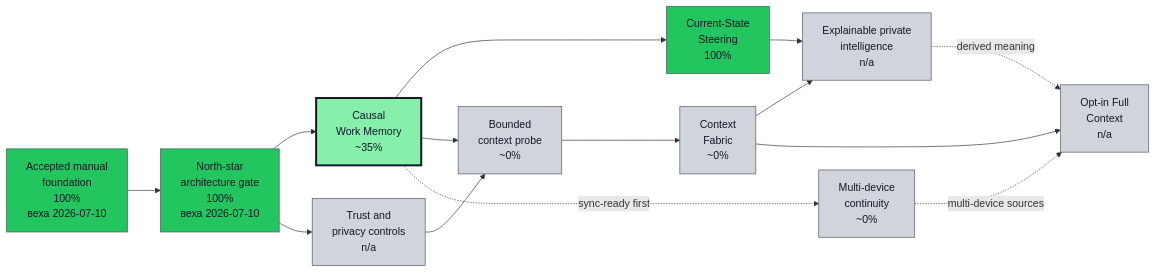
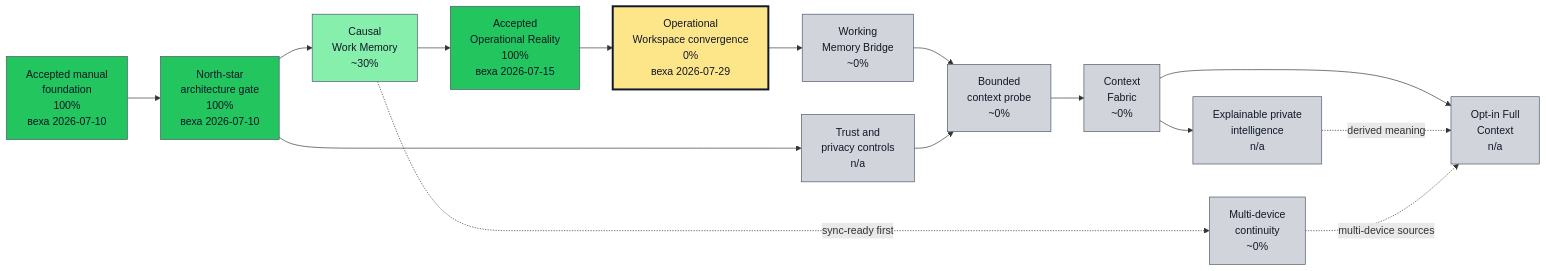
The first of 2 diagrams in docs/roadmap/opskarta.md (asukhodko/timeskein), drawn with Mermaid before and after one commit. The commit also changed other lines of this file and 14 other files, not shown here.

Commit message:
docs: select operational workspace milestone

````diff
--- a/docs/roadmap/opskarta.md
+++ b/docs/roadmap/opskarta.md
@@ -46,48 +51,53 @@
 ```mermaid
 flowchart LR
 
     classDef exec_done fill:#22c55e,stroke:#4b5563,color:#111827,stroke-width:1px
     classDef exec_in_progress fill:#0ea5e9,stroke:#4b5563,color:#111827,stroke-width:1px
     classDef exec_blocked fill:#fecaca,stroke:#4b5563,color:#111827,stroke-width:1px
     classDef exec_not_started fill:#9ca3af,stroke:#4b5563,color:#111827,stroke-width:1px
     classDef exec_mgmt_green fill:#86efac,stroke:#4b5563,color:#111827,stroke-width:1px
     classDef exec_mgmt_yellow fill:#fde68a,stroke:#4b5563,color:#111827,stroke-width:1px
     classDef exec_mgmt_red fill:#fca5a5,stroke:#4b5563,color:#111827,stroke-width:1px
     classDef exec_mgmt_neutral fill:#d1d5db,stroke:#4b5563,color:#111827,stroke-width:1px
 
     accepted_foundation["Accepted manual<br/>foundation<br/>100%<br/>веха 2026-07-10"]
     class accepted_foundation exec_done
     architecture_gate["North-star<br/>architecture gate<br/>100%<br/>веха 2026-07-10"]
     class architecture_gate exec_done
-    causal_memory["Causal<br/>Work Memory<br/>~35%"]
+    causal_memory["Causal<br/>Work Memory<br/>~30%"]
     class causal_memory exec_mgmt_green
-    style causal_memory stroke:#111827,stroke-width:3px
-    current_steering["Current-State<br/>Steering<br/>100%"]
+    current_steering["Accepted<br/>Operational Reality<br/>100%<br/>веха 2026-07-15"]
     class current_steering exec_done
+    operational_workspace["Operational<br/>Workspace convergence<br/>0%<br/>веха 2026-07-29"]
+    class operational_workspace exec_mgmt_yellow
+    style operational_workspace stroke:#111827,stroke-width:3px
+    working_memory["Working<br/>Memory Bridge<br/>~0%"]
+    class working_memory exec_mgmt_neutral
     trust_controls["Trust and<br/>privacy controls<br/>n/a"]
     class trust_controls exec_mgmt_neutral
     bounded_context_probe["Bounded<br/>context probe<br/>~0%"]
     class bounded_context_probe exec_mgmt_neutral
     context_fabric["Context<br/>Fabric<br/>~0%"]
     class context_fabric exec_mgmt_neutral
     private_intelligence["Explainable private<br/>intelligence<br/>n/a"]
     class private_intelligence exec_mgmt_neutral
     continuity["Multi-device<br/>continuity<br/>~0%"]
     class continuity exec_mgmt_neutral
     full_context["Opt-in Full<br/>Context<br/>n/a"]
     class full_context exec_mgmt_neutral
 
     accepted_foundation --> architecture_gate
     architecture_gate --> causal_memory
     causal_memory --> current_steering
+    current_steering --> operational_workspace
+    operational_workspace --> working_memory
     architecture_gate --> trust_controls
-    causal_memory --> bounded_context_probe
+    working_memory --> bounded_context_probe
     trust_controls --> bounded_context_probe
     bounded_context_probe --> context_fabric
-    current_steering --> private_intelligence
     context_fabric --> private_intelligence
     causal_memory -. sync-ready first .-> continuity
     context_fabric --> full_context
     private_intelligence -. derived meaning .-> full_context
     continuity -. multi-device sources .-> full_context
 ```
````
